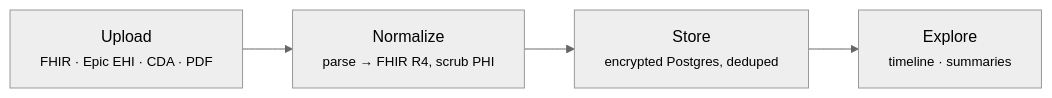
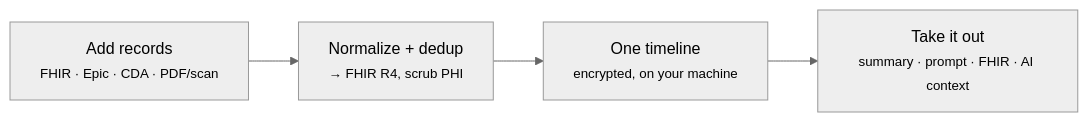
The first of 3 diagrams in README.md (potalora/strand), drawn with Mermaid (neutral theme) before and after one commit. The commit also changed other lines of this file and 11 other files, not shown here.

````diff
--- a/README.md
+++ b/README.md
@@ -9,8 +42,8 @@
 ```mermaid
 flowchart LR
-    U["Upload<br/><small>FHIR · Epic EHI · CDA · PDF</small>"]
-    P["Normalize<br/><small>parse → FHIR R4, scrub PHI</small>"]
-    S["Store<br/><small>encrypted Postgres, deduped</small>"]
-    V["Explore<br/><small>timeline · summaries</small>"]
-    U --> P --> S --> V
+    I["Add records<br/><small>FHIR · Epic · CDA · PDF/scan</small>"]
+    N["Normalize + dedup<br/><small>→ FHIR R4, scrub PHI</small>"]
+    S["One timeline<br/><small>encrypted, on your machine</small>"]
+    O["Take it out<br/><small>summary · prompt · FHIR · AI context</small>"]
+    I --> N --> S --> O
 ```
````
